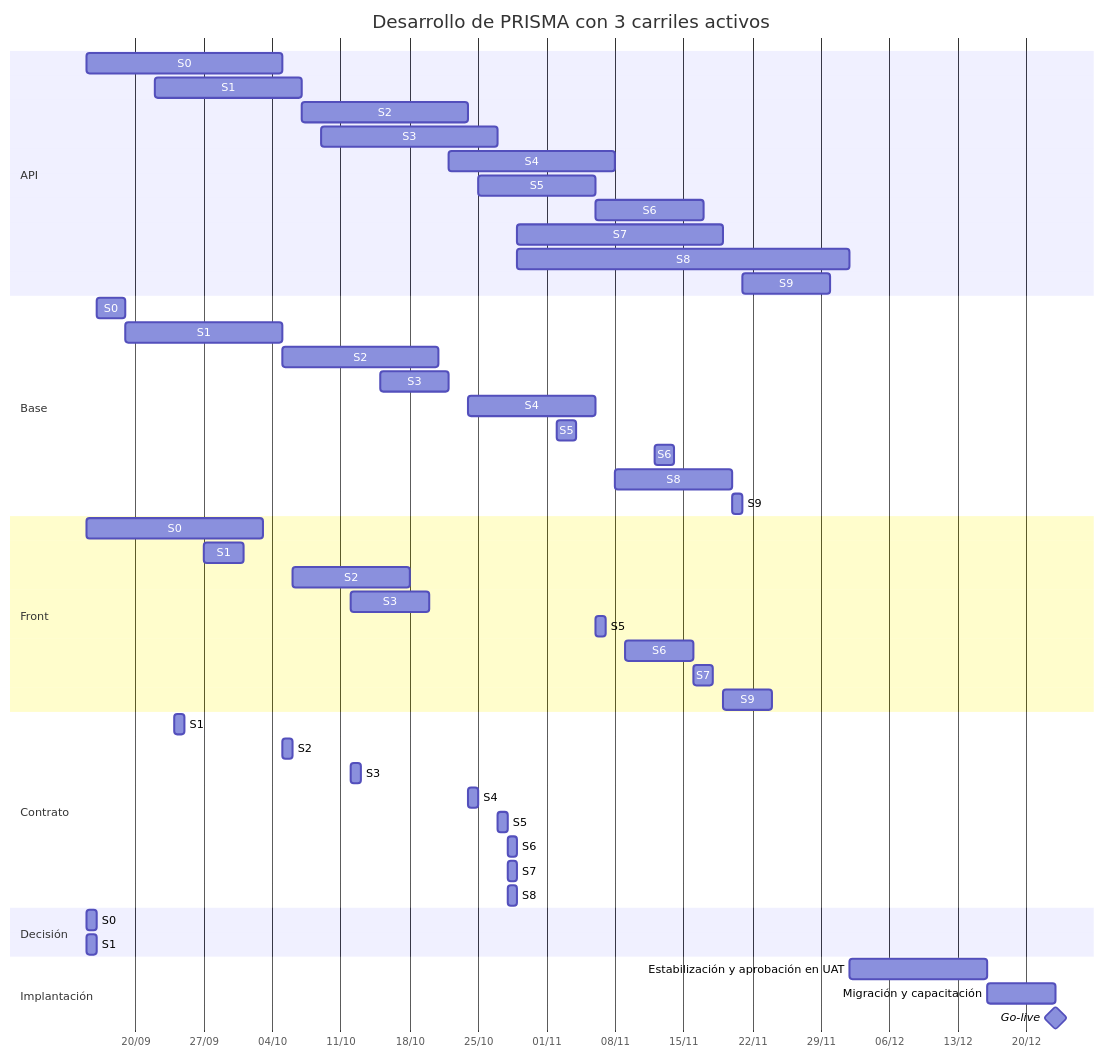
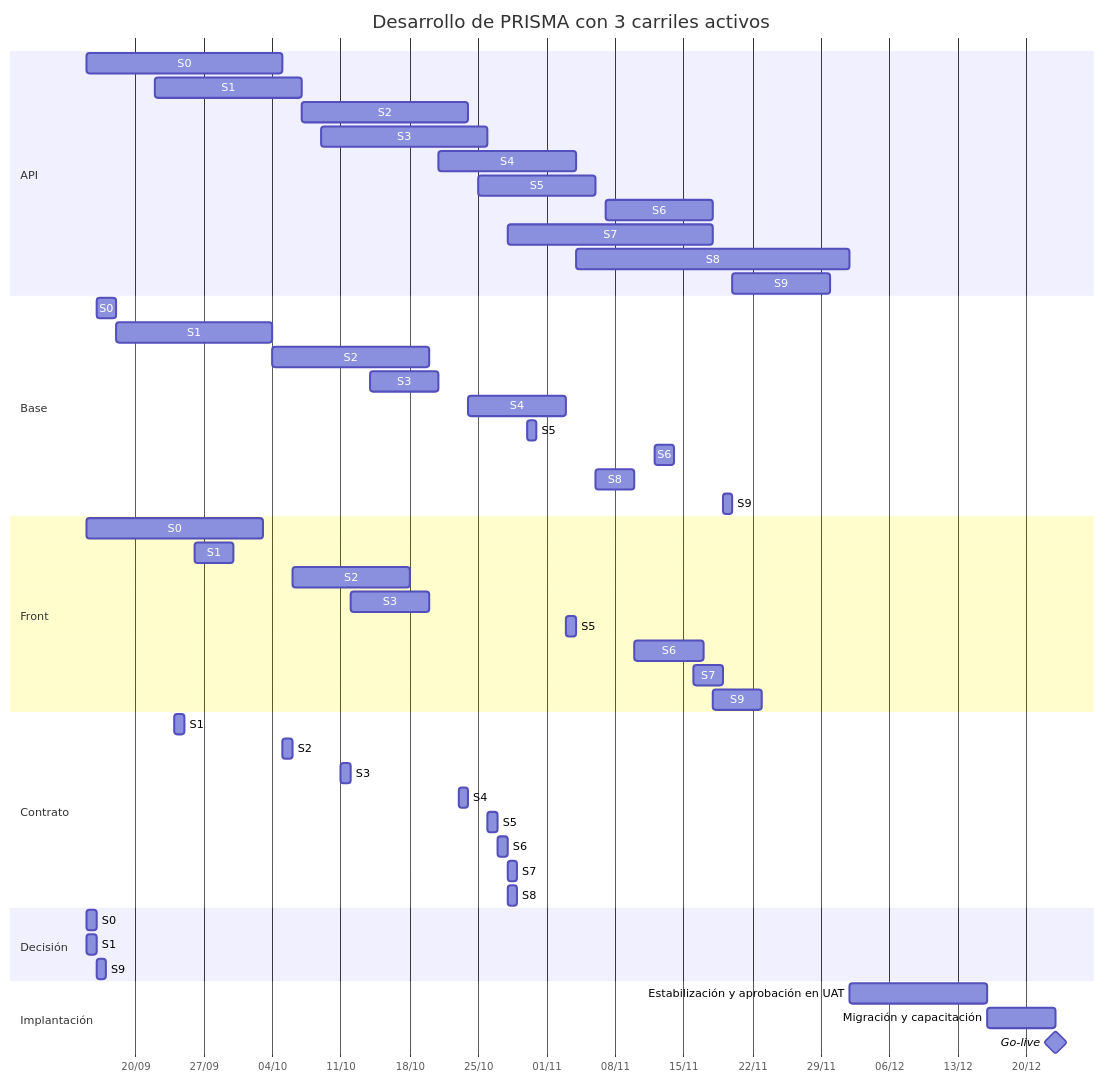
Before and after one commit to Juanchope039/Finanzas-PRISMA: the first of 2 diagrams in docs/08-plan-de-desarrollo.md, drawn with Mermaid. The commit also changed other lines of this file and 7 other files, not shown here.

````diff
--- a/docs/08-plan-de-desarrollo.md
+++ b/docs/08-plan-de-desarrollo.md
@@ -172,58 +172,59 @@
 ```mermaid
 gantt
     title Desarrollo de PRISMA con 3 carriles activos
     dateFormat YYYY-MM-DD
     axisFormat %d/%m
 
     section API
     S0 :api0, 2026-09-15, 2026-10-05
     S1 :api1, 2026-09-22, 2026-10-07
     S2 :api2, 2026-10-07, 2026-10-24
-    S3 :api3, 2026-10-09, 2026-10-27
-    S4 :api4, 2026-10-22, 2026-11-08
+    S3 :api3, 2026-10-09, 2026-10-26
+    S4 :api4, 2026-10-21, 2026-11-04
     S5 :api5, 2026-10-25, 2026-11-06
-    S6 :api6, 2026-11-06, 2026-11-17
-    S7 :api7, 2026-10-29, 2026-11-19
-    S8 :api8, 2026-10-29, 2026-12-02
-    S9 :api9, 2026-11-21, 2026-11-30
+    S6 :api6, 2026-11-07, 2026-11-18
+    S7 :api7, 2026-10-28, 2026-11-18
+    S8 :api8, 2026-11-04, 2026-12-02
+    S9 :api9, 2026-11-20, 2026-11-30
 
     section Base
-    S0 :base0, 2026-09-16, 2026-09-19
-    S1 :base1, 2026-09-19, 2026-10-05
-    S2 :base2, 2026-10-05, 2026-10-21
-    S3 :base3, 2026-10-15, 2026-10-22
-    S4 :base4, 2026-10-24, 2026-11-06
-    S5 :base5, 2026-11-02, 2026-11-04
+    S0 :base0, 2026-09-16, 2026-09-18
+    S1 :base1, 2026-09-18, 2026-10-04
+    S2 :base2, 2026-10-04, 2026-10-20
+    S3 :base3, 2026-10-14, 2026-10-21
+    S4 :base4, 2026-10-24, 2026-11-03
+    S5 :base5, 2026-10-30, 2026-10-31
     S6 :base6, 2026-11-12, 2026-11-14
-    S8 :base8, 2026-11-08, 2026-11-20
-    S9 :base9, 2026-11-20, 2026-11-21
+    S8 :base8, 2026-11-06, 2026-11-10
+    S9 :base9, 2026-11-19, 2026-11-20
 
     section Front
     S0 :front0, 2026-09-15, 2026-10-03
-    S1 :front1, 2026-09-27, 2026-10-01
+    S1 :front1, 2026-09-26, 2026-09-30
     S2 :front2, 2026-10-06, 2026-10-18
     S3 :front3, 2026-10-12, 2026-10-20
-    S5 :front5, 2026-11-06, 2026-11-07
-    S6 :front6, 2026-11-09, 2026-11-16
-    S7 :front7, 2026-11-16, 2026-11-18
-    S9 :front9, 2026-11-19, 2026-11-24
+    S5 :front5, 2026-11-03, 2026-11-04
+    S6 :front6, 2026-11-10, 2026-11-17
+    S7 :front7, 2026-11-16, 2026-11-19
+    S9 :front9, 2026-11-18, 2026-11-23
 
     section Contrato
     S1 :contrato1, 2026-09-24, 2026-09-25
     S2 :contrato2, 2026-10-05, 2026-10-06
-    S3 :contrato3, 2026-10-12, 2026-10-13
-    S4 :contrato4, 2026-10-24, 2026-10-25
-    S5 :contrato5, 2026-10-27, 2026-10-28
-    S6 :contrato6, 2026-10-28, 2026-10-29
+    S3 :contrato3, 2026-10-11, 2026-10-12
+    S4 :contrato4, 2026-10-23, 2026-10-24
+    S5 :contrato5, 2026-10-26, 2026-10-27
+    S6 :contrato6, 2026-10-27, 2026-10-28
     S7 :contrato7, 2026-10-28, 2026-10-29
     S8 :contrato8, 2026-10-28, 2026-10-29
 
     section Decisión
     S0 :decisin0, 2026-09-15, 2026-09-16
     S1 :decisin1, 2026-09-15, 2026-09-16
+    S9 :decisin9, 2026-09-16, 2026-09-17
 
     section Implantación
     Estabilización y aprobación en UAT :est, 2026-12-02, 2026-12-16
     Migración y capacitación :mig, 2026-12-16, 2026-12-23
     Go-live :milestone, 2026-12-23, 0d
 ```
````
